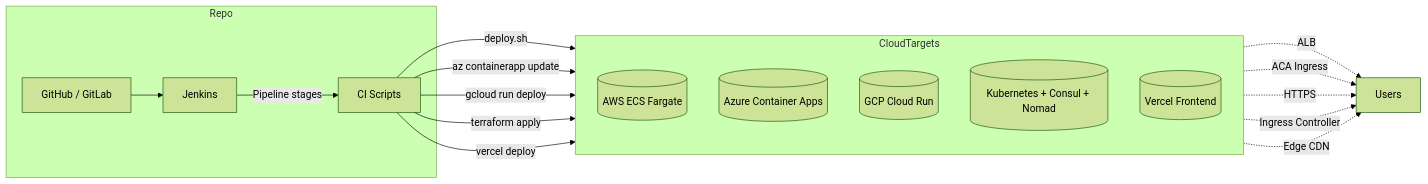
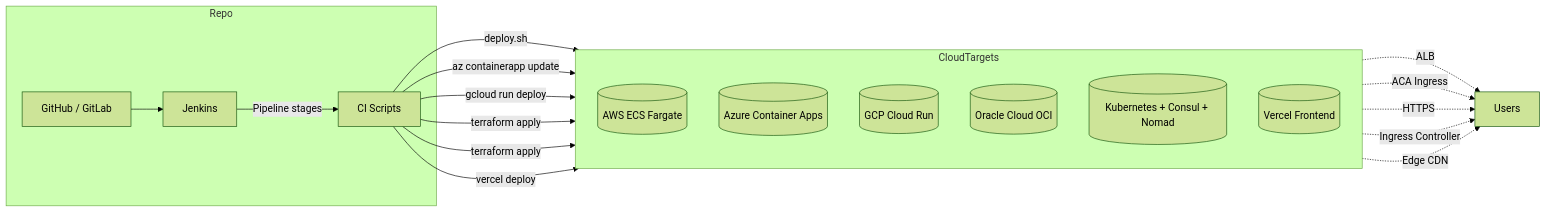
The first of 6 diagrams in DEPLOYMENTS.md (sisterai/estate-assistant-system), drawn with Mermaid (forest theme) before and after one commit. The commit also changed other lines of this file and 16 other files, not shown here.

````diff
--- a/DEPLOYMENTS.md
+++ b/DEPLOYMENTS.md
@@ -51,31 +54,33 @@
 ```mermaid
 flowchart LR
   subgraph Repo
     G[GitHub / GitLab]
     J[Jenkins]
     CP[CI Scripts]
   end
 
   subgraph CloudTargets
     direction TB
     AWS[(AWS ECS Fargate)]
     AZ[(Azure Container Apps)]
     GCP[(GCP Cloud Run)]
+    OCI[(Oracle Cloud OCI)]
     HC[(Kubernetes + Consul + Nomad)]
     VC[(Vercel Frontend)]
   end
 
   G --> J
   J -->|Pipeline stages| CP
   CP -->|deploy.sh| AWS
   CP -->|az containerapp update| AZ
   CP -->|gcloud run deploy| GCP
+  CP -->|terraform apply| OCI
   CP -->|terraform apply| HC
   CP -->|vercel deploy| VC
 
   AWS -.->|ALB| Users
   AZ -.->|ACA Ingress| Users
   GCP -.->|HTTPS| Users
   HC -.->|Ingress Controller| Users
   VC -.->|Edge CDN| Users
 ```
````
